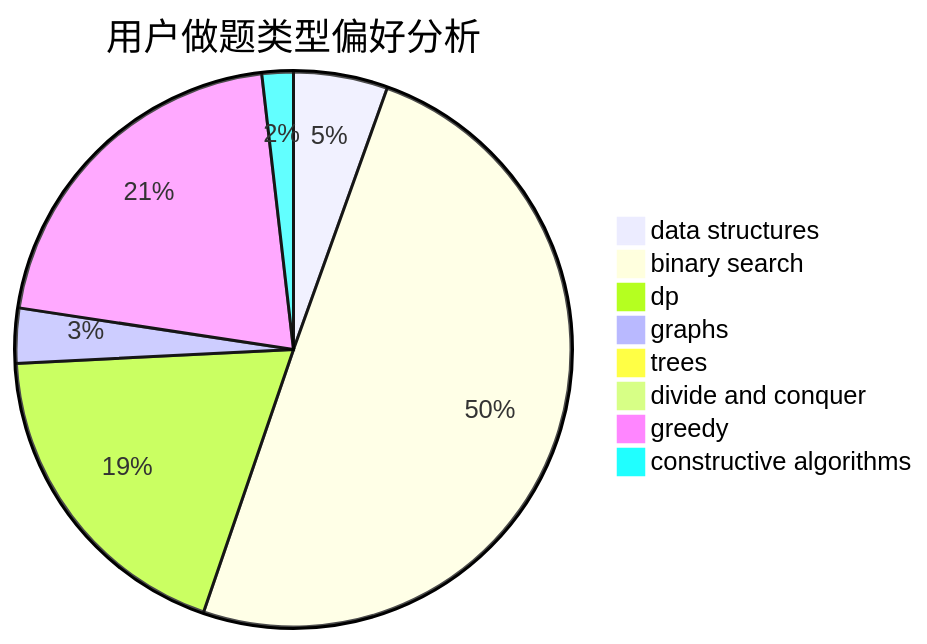
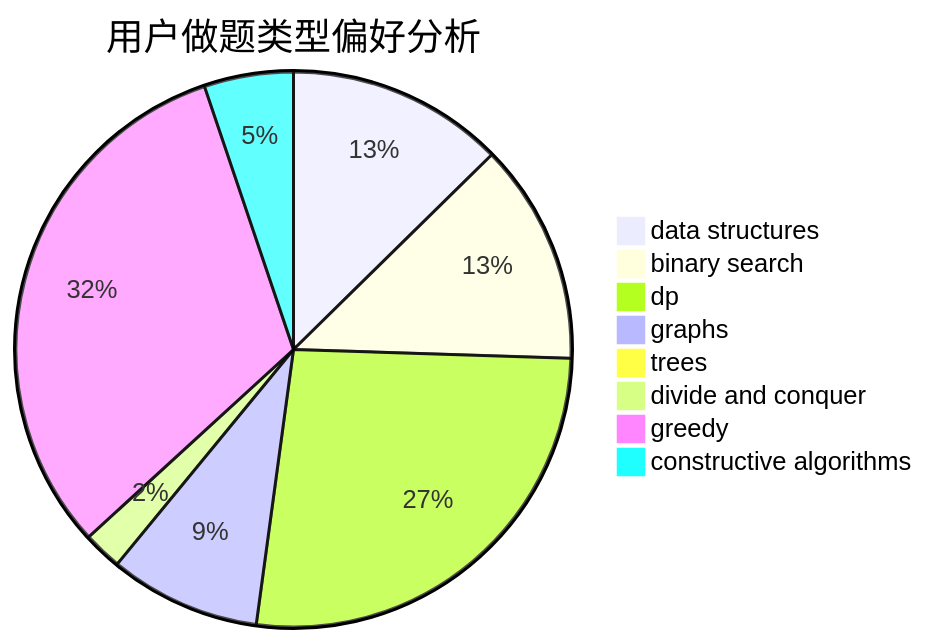
The second of 3 diagrams in docs/user/u1916.md (sherpahu/cfrs.github.io), drawn with Mermaid before and after one commit. The commit also changed other lines of this file and 2770 other files, not shown here.

````diff
--- a/docs/user/u1916.md
+++ b/docs/user/u1916.md
@@ -23,11 +23,11 @@
 ```mermaid
 pie title 用户做题类型偏好分析
-    "data structures" :  24
-    "binary search" :  218
-    "dp" :  83
-    "graphs" :  14
-    "trees" :  2
-    "divide and conquer" :  0
-    "greedy" :  91
-    "constructive algorithms" :  8
+    "data structures" :  56
+    "binary search" :  57
+    "dp" :  118
+    "graphs" :  39
+    "trees" :  0
+    "divide and conquer" :  10
+    "greedy" :  140
+    "constructive algorithms" :  23
 ```
````
